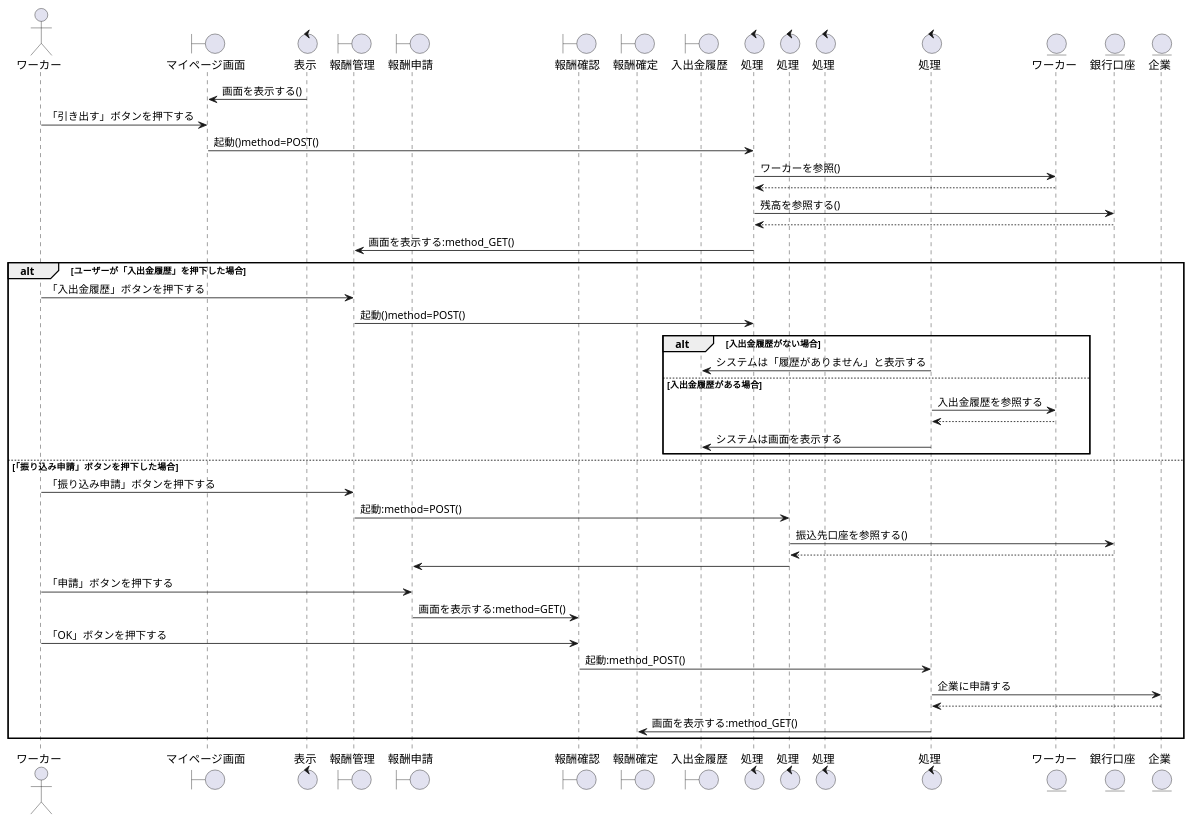
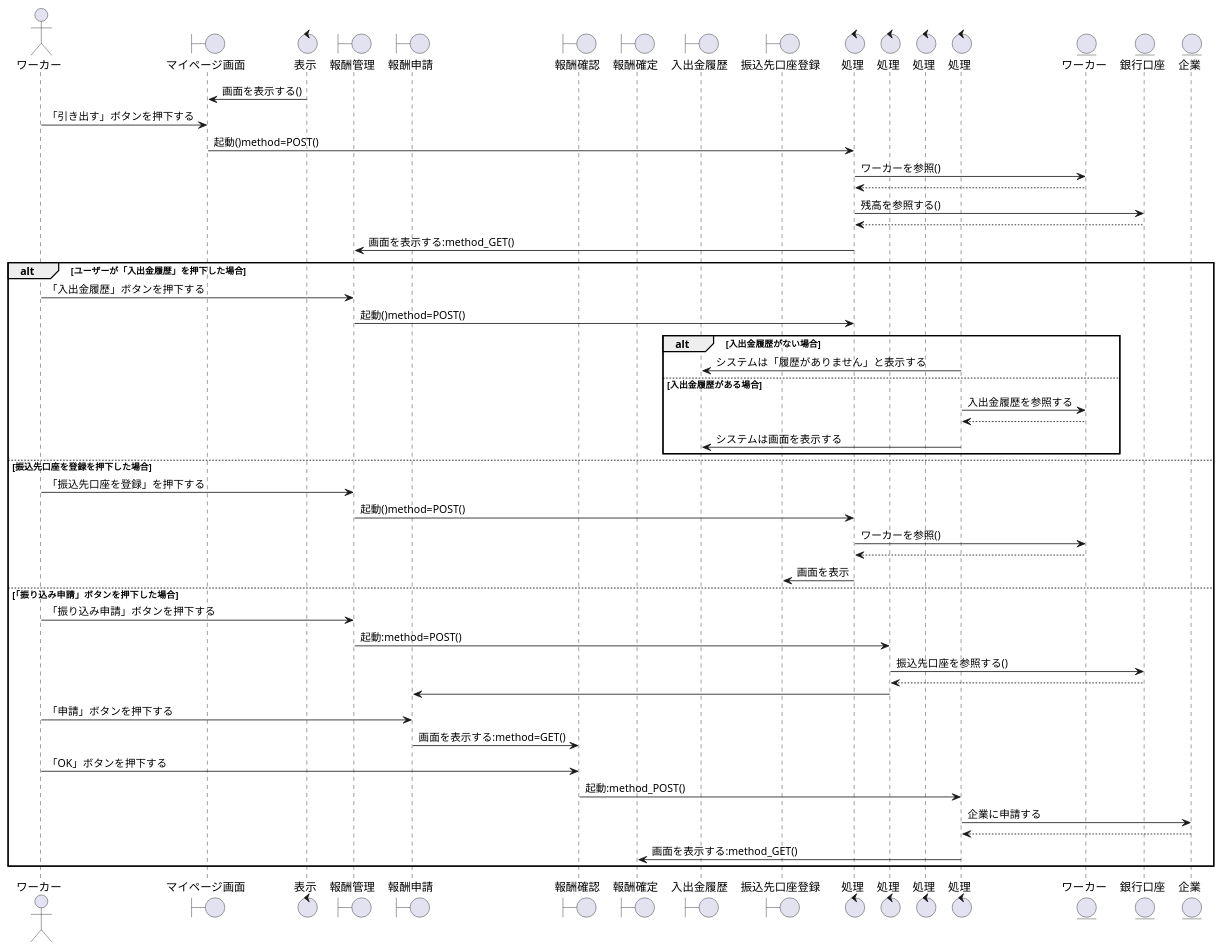
One commit to irukacb256/high_Me changed the diagram in sequence_fig/7_acconts_fn/03_ウォレット残高を引き出す.pu. Above: the diagram before and after it, drawn with PlantUML. The commit also changed 13 other files, not shown here.

```diff
--- a/sequence_fig/7_acconts_fn/03_ウォレット残高を引き出す.pu
+++ b/sequence_fig/7_acconts_fn/03_ウォレット残高を引き出す.pu
@@ -1,63 +1,73 @@
 @startuml ウォレット残高を引き出す
 
 ' 1
 actor ワーカー as wo1
 
 boundary マイページ画面 as bo1
 control 表示 as co1
 boundary 報酬管理 as bo2
 boundary 報酬申請 as bo3 
 boundary 報酬確認 as bo4
 boundary 報酬確定 as bo5
 boundary 入出金履歴 as bo6
+boundary 振込先口座登録 as bo7
 
 control 処理 as co2
 control 処理 as co3
 control 処理 as co4
 control 処理 as co5
 
 entity ワーカー as en1
 entity 銀行口座 as en2
 entity 企業 as en3
 
 
 co1 -> bo1 : 画面を表示する()
 wo1 -> bo1 :「引き出す」ボタンを押下する
 bo1 -> co2 : 起動()method=POST()
 co2 -> en1 : ワーカーを参照()
 en1 --> co2
 co2 -> en2 : 残高を参照する()
 co2 <-- en2
 co2 -> bo2 : 画面を表示する:method_GET()
 
 alt ユーザーが「入出金履歴」を押下した場合
   wo1 -> bo2 :「入出金履歴」ボタンを押下する
   bo2 -> co2 : 起動()method=POST()
 
   alt 入出金履歴がない場合
     co5 -> bo6 : システムは「履歴がありません」と表示する
   
   else 入出金履歴がある場合
     co5 -> en1 : 入出金履歴を参照する
     co5 <-- en1
     co5 -> bo6 : システムは画面を表示する
 
   end
 
+  else 振込先口座を登録を押下した場合
+    wo1 -> bo2 : 「振込先口座を登録」を押下する
+    bo2 -> co2 : 起動()method=POST()
+    co2 -> en1 : ワーカーを参照()
+    en1 --> co2
+    co2 -> bo7 : 画面を表示
+
+
+
 else  「振り込み申請」ボタンを押下した場合
   wo1 -> bo2 :「振り込み申請」ボタンを押下する
   bo2 -> co3 : 起動:method=POST()
   co3 -> en2 : 振込先口座を参照する()
   co3 <-- en2
   co3 -> bo3
   wo1 -> bo3 : 「申請」ボタンを押下する
   bo3 -> bo4 : 画面を表示する:method=GET()
   wo1 -> bo4 : 「OK」ボタンを押下する
   bo4 -> co5 : 起動:method_POST()
   co5 -> en3 : 企業に申請する
   co5 <-- en3
   co5 -> bo5 : 画面を表示する:method_GET()
 
 end
 
 @enduml
```
